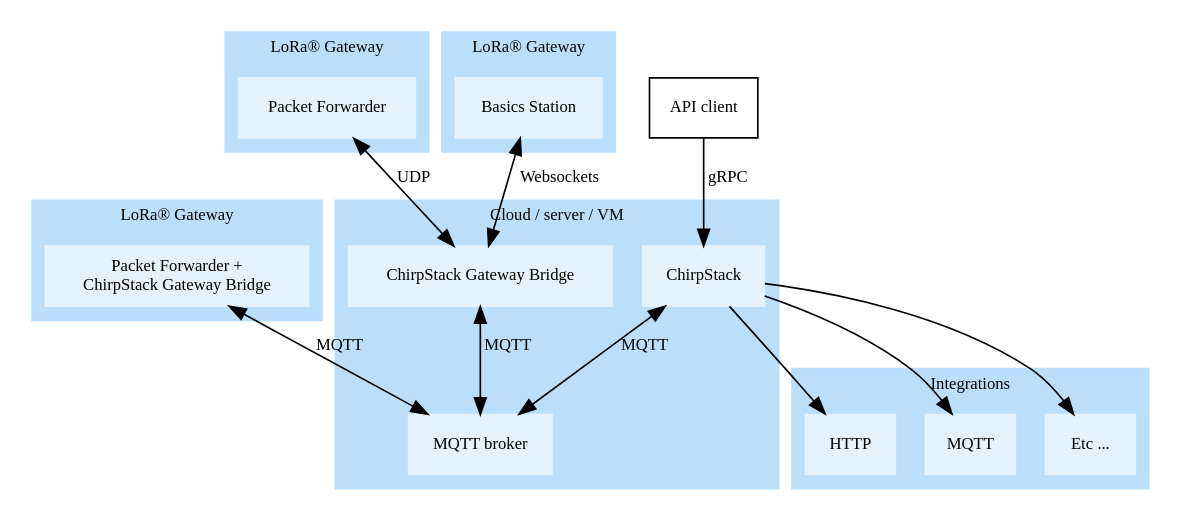
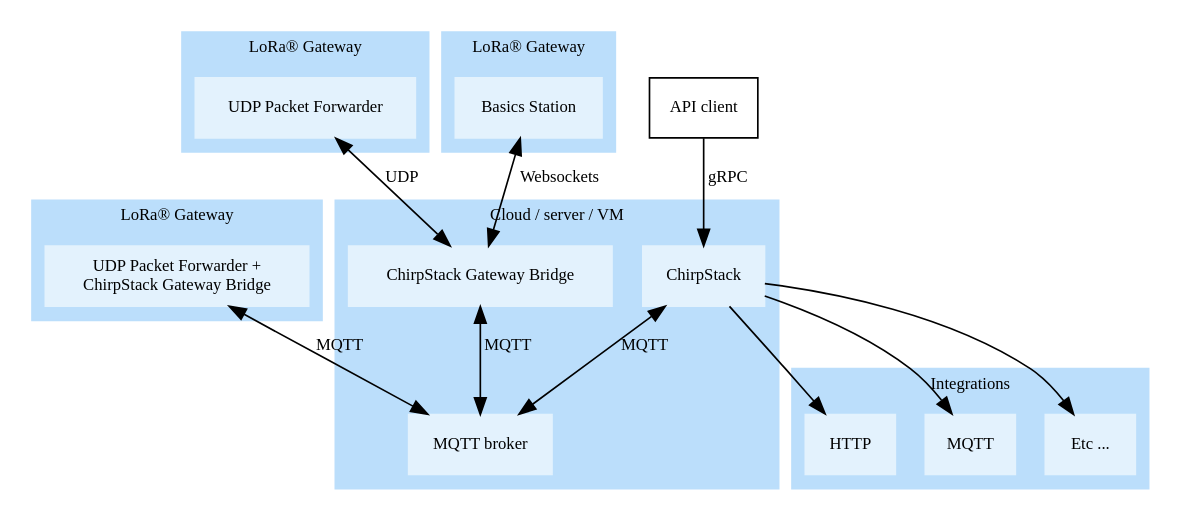
One commit to chirpstack/chirpstack-docs changed the diagram in src/architecture.md. Above: the diagram before and after it, drawn with Graphviz. The commit also changed 5 other files, not shown here.

````diff
--- a/src/architecture.md
+++ b/src/architecture.md
@@ -5,72 +5,72 @@
 ```dot process
 digraph G {
 	node [shape=record,fontsize="10"];
 	edge [fontsize="10"];
 	fontsize="10";
 
 	subgraph cluster_0 {
 		style=filled;
 		color="#bbdefb";
 		node [style=filled,color="#e3f2fd"];
 
 		"chirpstack" -> "pub-sub" [dir="both",label="MQTT"];
 		"chirpstack-gateway-bridge-cloud" -> "pub-sub" [dir="both" label="MQTT"];
 
 		"chirpstack" [label="ChirpStack"];
 		"pub-sub" [label="MQTT broker"];
 		"chirpstack-gateway-bridge-cloud" [label="ChirpStack Gateway Bridge"];
 
 		label = "Cloud / server / VM";
 	}
 
 	subgraph cluster_1 {
 		style=filled;
 		color="#bbdefb";
 		node [style=filled,color="#e3f2fd"];
 		label="LoRa&reg; Gateway";
 
 		"chirpstack-gateway-bridge-gw" -> "pub-sub" [label="MQTT",dir="both"];
-		"chirpstack-gateway-bridge-gw" [label="Packet Forwarder +\nChirpStack Gateway Bridge"];
+		"chirpstack-gateway-bridge-gw" [label="UDP Packet Forwarder +\nChirpStack Gateway Bridge"];
 	}
 
 
 	subgraph cluster_2 {
 		style=filled;
 		color="#bbdefb";
 		node [style=filled,color="#e3f2fd"];
 		label="LoRa&reg; Gateway";
 
 		"packet-forwarder-gw2" -> "chirpstack-gateway-bridge-cloud" [label="UDP",dir="both"];
-		"packet-forwarder-gw2" [label="Packet Forwarder"];
+		"packet-forwarder-gw2" [label="UDP Packet Forwarder"];
 	}
 
 	subgraph cluster_3 {
 		style=filled;
 		color="#bbdefb";
 		node [style=filled,color="#e3f2fd"];
 		label="LoRa&reg; Gateway";
 
 		"packet-forwarder-gw3" -> "chirpstack-gateway-bridge-cloud" [label="Websockets",dir="both"];
 		"packet-forwarder-gw3" [label="Basics Station"];
 	}
 
 	subgraph cluster_5 {
 		style=filled;
 		color="#bbdefb";
 		node [style=filled,color="#e3f2fd"];
 		label="Integrations";
 
 		"http-int" [label="HTTP"];
 		"mqtt-int" [label="MQTT"];
 		"other-int" [label="Etc ..."];
 	}
 
 
 	"chirpstack" -> "http-int";
 	"chirpstack" -> "mqtt-int";
 	"chirpstack" -> "other-int";
 
 	"as-api-client" -> "chirpstack" [label="gRPC"];
 	"as-api-client" [label="API client"];
 }
 ```
````
